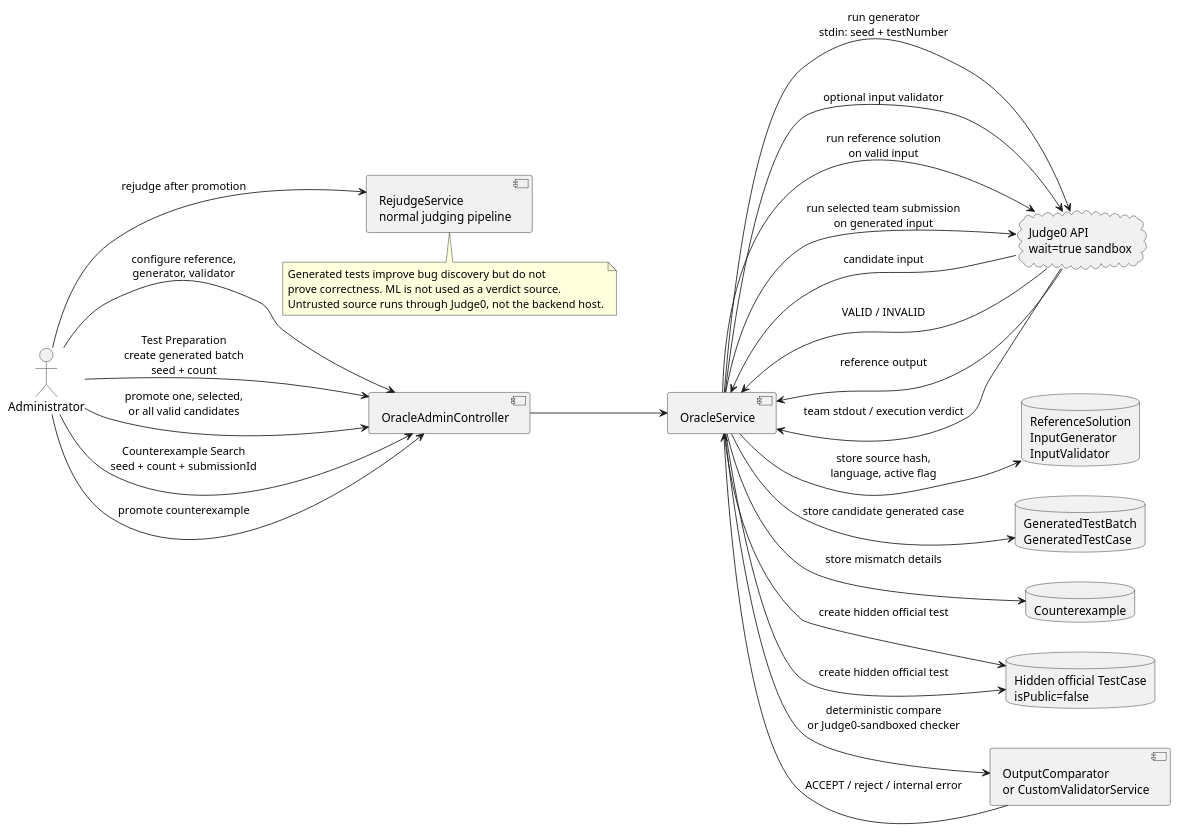
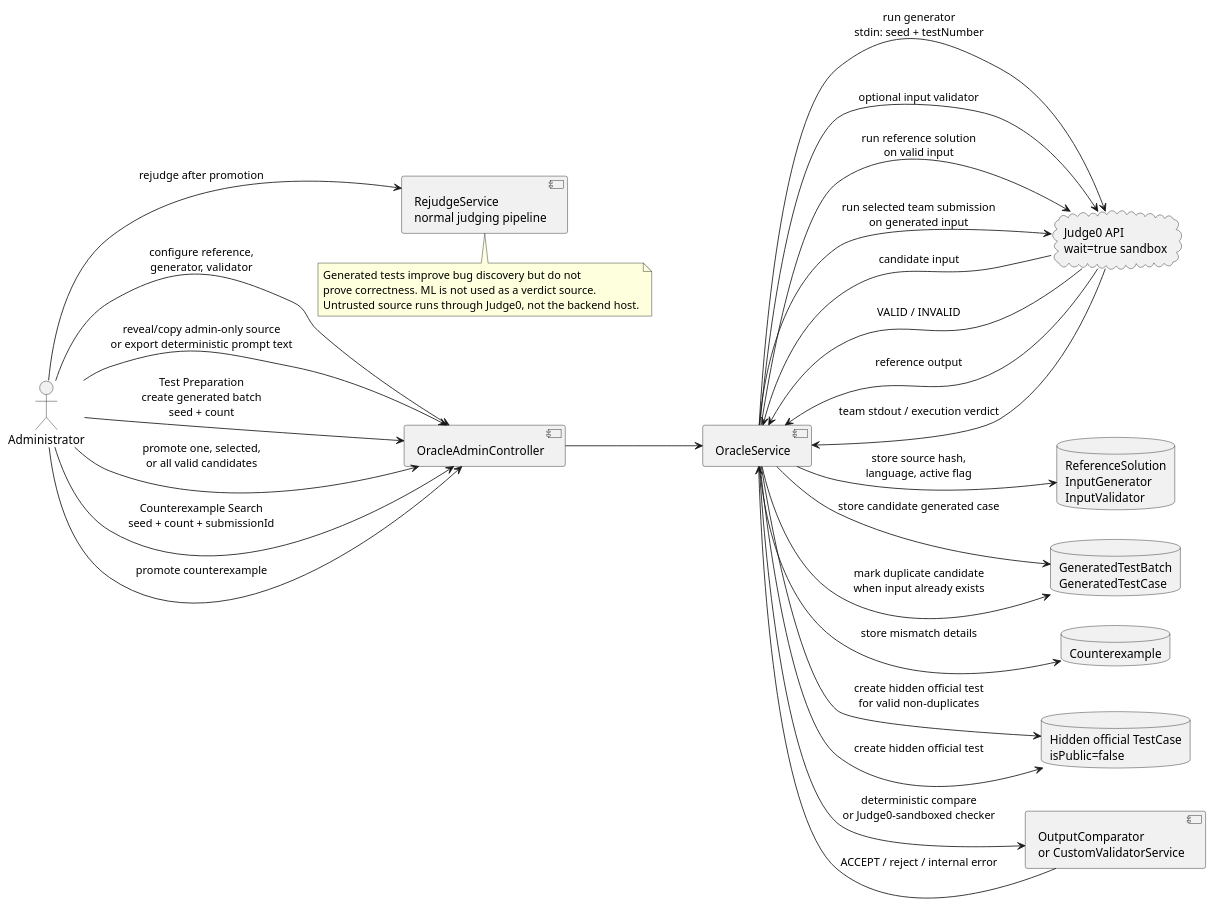
Before and after one commit to AuraC-graduate-project/AuraC2: diagram 18 of 18 in docs/report-rebuild/diagram-prompts.md, drawn with PlantUML. The commit also changed other lines of this file and 20 other files, not shown here.

````diff
--- a/docs/report-rebuild/diagram-prompts.md
+++ b/docs/report-rebuild/diagram-prompts.md
@@ -1122,45 +1145,47 @@
 ```plantuml
 @startuml
 left to right direction
 actor Administrator as Admin
 component "OracleAdminController" as Controller
 component "OracleService" as Oracle
 cloud "Judge0 API\nwait=true sandbox" as Judge0
 database "ReferenceSolution\nInputGenerator\nInputValidator" as Config
 database "GeneratedTestBatch\nGeneratedTestCase" as Generated
 database "Counterexample" as Counterexamples
 database "Hidden official TestCase\nisPublic=false" as HiddenTC
 component "OutputComparator\nor CustomValidatorService" as Compare
 component "RejudgeService\nnormal judging pipeline" as Rejudge
 
 Admin --> Controller : configure reference,\ngenerator, validator
 Controller --> Oracle
 Oracle --> Config : store source hash,\nlanguage, active flag
+Admin --> Controller : reveal/copy admin-only source\nor export deterministic prompt text
 Admin --> Controller : Test Preparation\ncreate generated batch\nseed + count
 Oracle --> Judge0 : run generator\nstdin: seed + testNumber
 Judge0 --> Oracle : candidate input
 Oracle --> Judge0 : optional input validator
 Judge0 --> Oracle : VALID / INVALID
 Oracle --> Judge0 : run reference solution\non valid input
 Judge0 --> Oracle : reference output
 Oracle --> Generated : store candidate generated case
 Admin --> Controller : promote one, selected,\nor all valid candidates
-Oracle --> HiddenTC : create hidden official test
+Oracle --> Generated : mark duplicate candidate\nwhen input already exists
+Oracle --> HiddenTC : create hidden official test\nfor valid non-duplicates
 
 Admin --> Controller : Counterexample Search\nseed + count + submissionId
 Oracle --> Judge0 : run selected team submission\non generated input
 Judge0 --> Oracle : team stdout / execution verdict
 Oracle --> Compare : deterministic compare\nor Judge0-sandboxed checker
 Compare --> Oracle : ACCEPT / reject / internal error
 Oracle --> Counterexamples : store mismatch details
 Admin --> Controller : promote counterexample
 Oracle --> HiddenTC : create hidden official test
 Admin --> Rejudge : rejudge after promotion
 
 note bottom
 Generated tests improve bug discovery but do not
 prove correctness. ML is not used as a verdict source.
 Untrusted source runs through Judge0, not the backend host.
 end note
 @enduml
 ```
````
